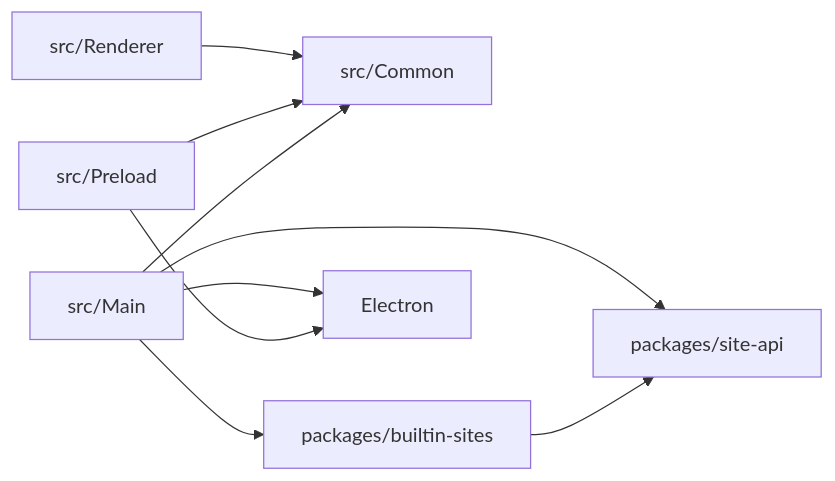
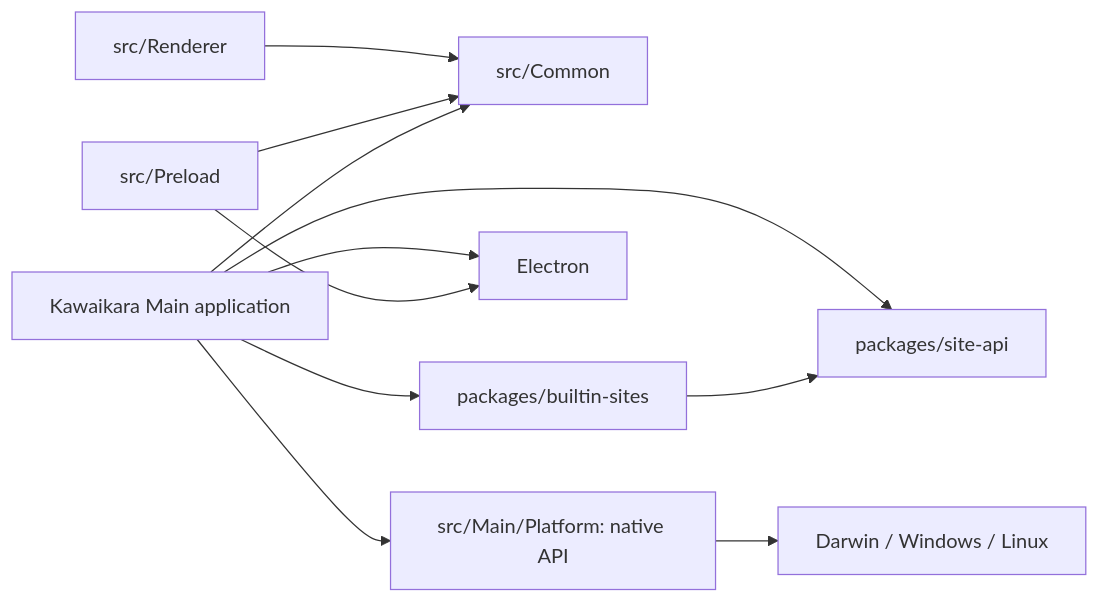
The second of 3 diagrams in docs/Developer/Architecture/1.Overview.md (fabyday/kawaikara), drawn with Mermaid before and after one commit. The commit also changed other lines of this file and 200 other files, not shown here.

````diff
--- a/docs/Developer/Architecture/1.Overview.md
+++ b/docs/Developer/Architecture/1.Overview.md
@@ -98,11 +143,13 @@
 ```mermaid
 flowchart LR
   Renderer["src/Renderer"] --> IPC["src/Common"]
   Preload["src/Preload"] --> IPC
-  Main["src/Main"] --> IPC
+  Main["Kawaikara Main application"] --> IPC
   Main --> SiteAPI["packages/site-api"]
   Main --> Builtin["packages/builtin-sites"]
   Builtin --> SiteAPI
   Main --> Electron["Electron"]
+  Main --> Platform["src/Main/Platform: native API"]
+  Platform --> Native["Darwin / Windows / Linux"]
   Preload --> Electron
 ```
````
